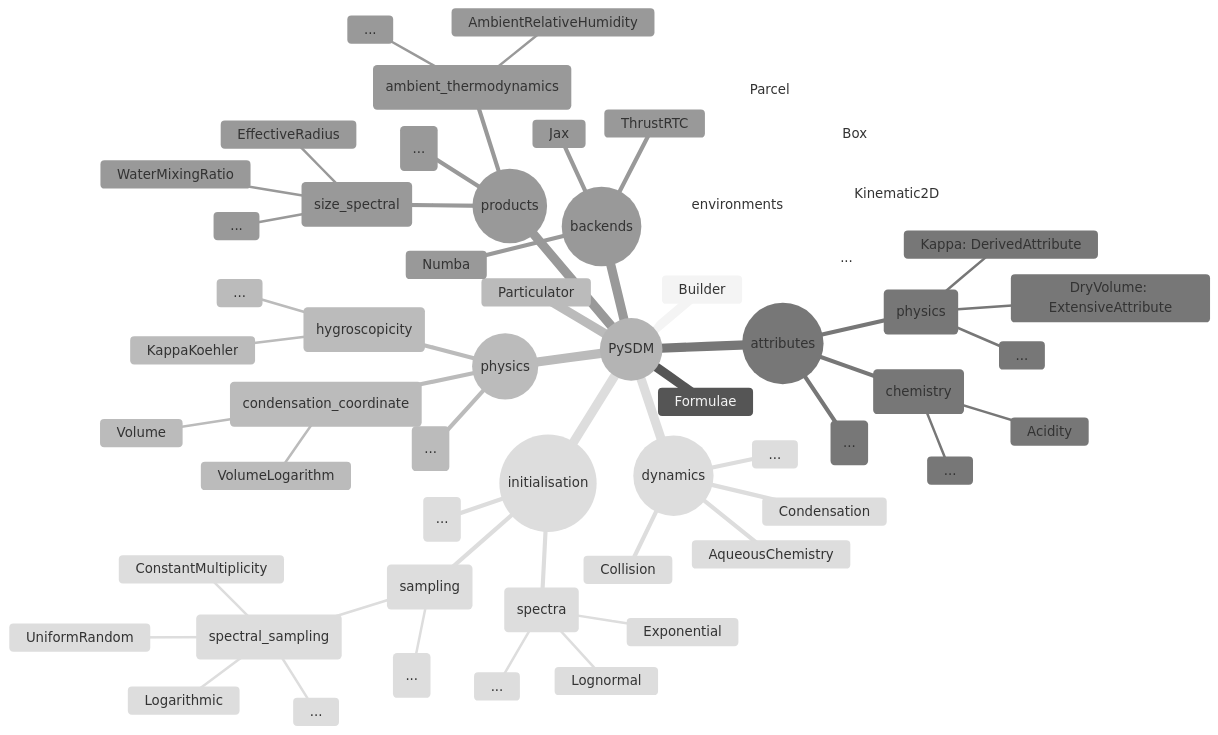
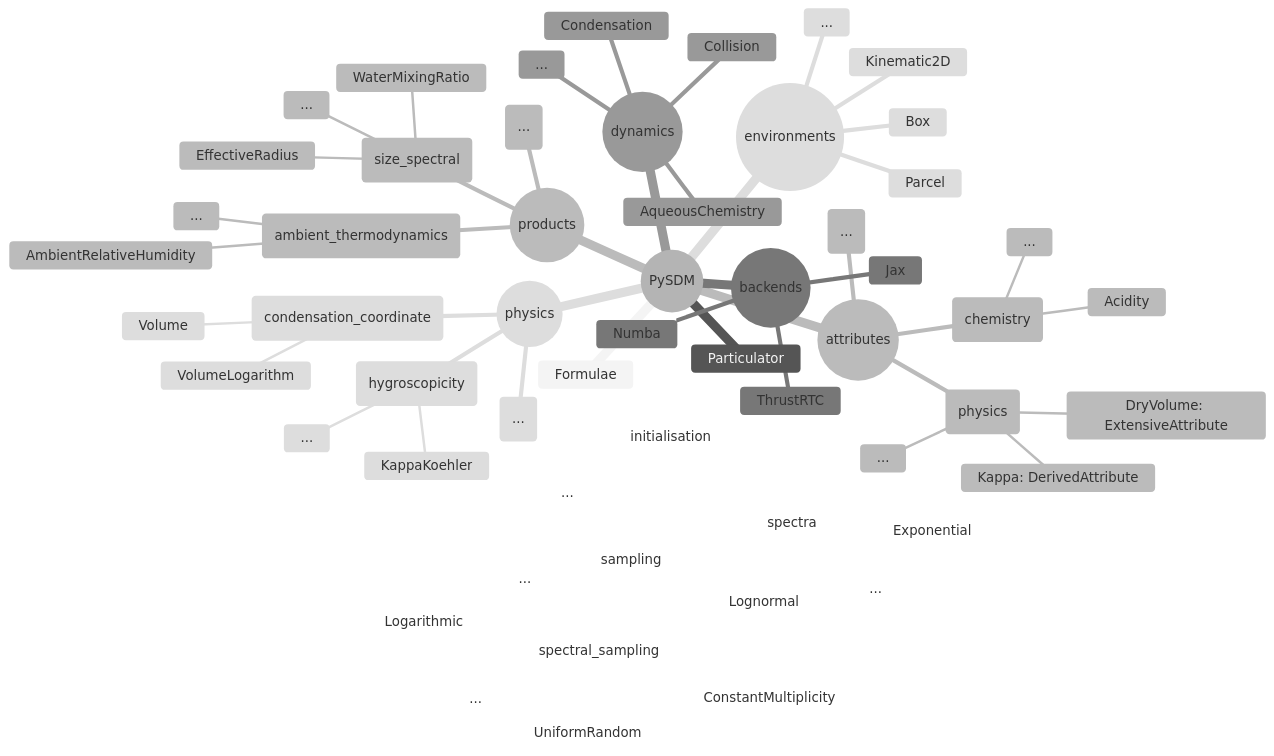
Before and after one commit to open-atmos/PySDM: the second of 2 diagrams in docs/markdown/pysdm_landing.md, drawn with Mermaid (neutral theme). The commit also changed other lines of this file, not shown here.

````diff
--- a/docs/markdown/pysdm_landing.md
+++ b/docs/markdown/pysdm_landing.md
@@ -649,60 +651,59 @@
 ```mermaid
 mindmap
   root((PySDM))
-    Builder
     Formulae
     Particulator
     ((attributes))
       (physics)
         DryVolume: ExtensiveAttribute
         Kappa: DerivedAttribute
         ...
       (chemistry)
         Acidity
         ...
       (...)
     ((backends))
       Numba
       ThrustRTC
       Jax
     ((dynamics))
       AqueousChemistry
       Collision
       Condensation
       ...
     ((environments))
       Box
       Parcel
       Kinematic2D
       ...
     ((initialisation))
       (spectra)
         Lognormal
         Exponential
         ...
       (sampling)
         (spectral_sampling)
           ConstantMultiplicity
           UniformRandom
           Logarithmic
           ...
         (...)
       (...)
     ((physics))
       (hygroscopicity)
         KappaKoehler
         ...
       (condensation_coordinate)
         Volume
         VolumeLogarithm
       (...)
     ((products))
       (size_spectral)
         EffectiveRadius
         WaterMixingRatio
         ...
       (ambient_thermodynamics)
         AmbientRelativeHumidity
         ...
       (...)
 ```
````
